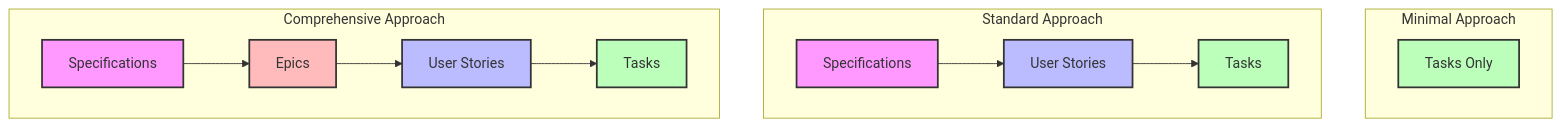
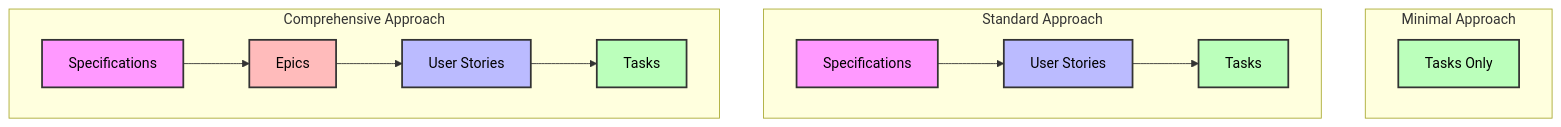
Before and after one commit to whiteduck-training/copilot-workshop: the diagram in docs/session01.md, drawn with Mermaid. The commit also changed 3 other files, not shown here.

````diff
--- a/docs/session01.md
+++ b/docs/session01.md
@@ -40,23 +40,23 @@
 ```mermaid
 graph TD
     subgraph "Minimal Approach"
         A1[Tasks Only]
     end
     
     subgraph "Standard Approach"
         B1[Specifications] --> B2[User Stories] --> B3[Tasks]
     end
     
     subgraph "Comprehensive Approach"
         C1[Specifications] --> C2[Epics] --> C3[User Stories] --> C4[Tasks]
     end
     
-    style A1 fill:#bfb,stroke:#333,stroke-width:2px
-    style B1 fill:#f9f,stroke:#333,stroke-width:2px
-    style B2 fill:#bbf,stroke:#333,stroke-width:2px
-    style B3 fill:#bfb,stroke:#333,stroke-width:2px
-    style C1 fill:#f9f,stroke:#333,stroke-width:2px
-    style C2 fill:#fbb,stroke:#333,stroke-width:2px
-    style C3 fill:#bbf,stroke:#333,stroke-width:2px
-    style C4 fill:#bfb,stroke:#333,stroke-width:2px
+    style A1 fill:#bfb,stroke:#333,stroke-width:2px,color:#000
+    style B1 fill:#f9f,stroke:#333,stroke-width:2px,color:#000
+    style B2 fill:#bbf,stroke:#333,stroke-width:2px,color:#000
+    style B3 fill:#bfb,stroke:#333,stroke-width:2px,color:#000
+    style C1 fill:#f9f,stroke:#333,stroke-width:2px,color:#000
+    style C2 fill:#fbb,stroke:#333,stroke-width:2px,color:#000
+    style C3 fill:#bbf,stroke:#333,stroke-width:2px,color:#000
+    style C4 fill:#bfb,stroke:#333,stroke-width:2px,color:#000
 ```
````
